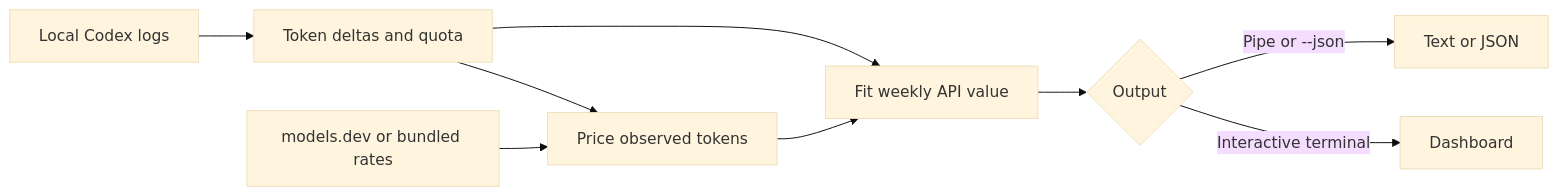
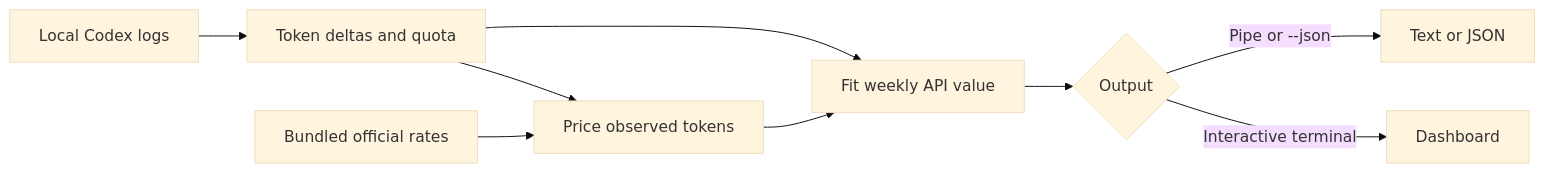
One commit to aneeshpatne/weeklygrant changed the diagram in README.md. Above: the diagram before and after it, drawn with Mermaid (base theme). The commit also changed other lines of this file and 4 other files, not shown here.

````diff
--- a/README.md
+++ b/README.md
@@ -105,11 +106,11 @@
 ```mermaid
 flowchart LR
   Home[Local Codex logs] --> Parse[Token deltas and quota]
   Parse --> Price[Price observed tokens]
-  Cards[models.dev or bundled rates] --> Price
+  Cards[Bundled official rates] --> Price
   Price --> Fit[Fit weekly API value]
   Parse --> Fit
   Fit --> Output{Output}
   Output -->|Interactive terminal| TUI[Dashboard]
   Output -->|Pipe or --json| Report[Text or JSON]
 ```
````
